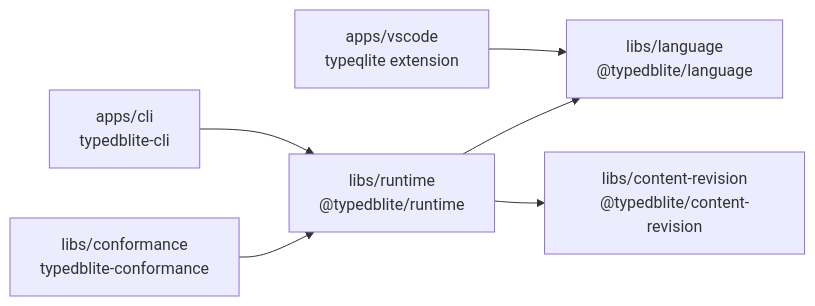
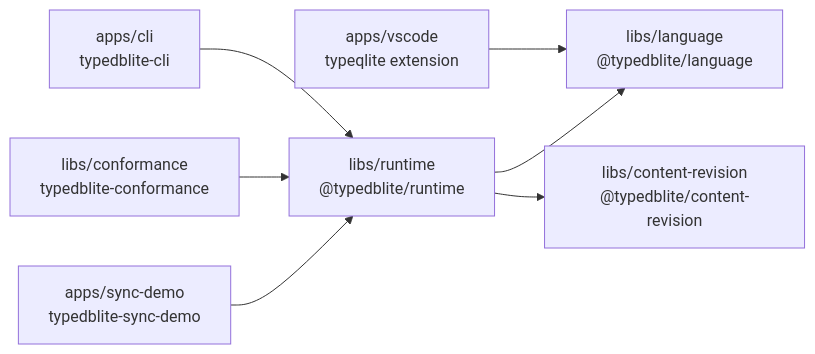
Before and after one commit to typedblite/typedblite: the first of 2 diagrams in docs/development/architecture.md, drawn with Mermaid. The commit also changed other lines of this file and 12 other files, not shown here.

First line of the commit message:
docs(sync-demo): Phase 08 — the README and the docs

````diff
--- a/docs/development/architecture.md
+++ b/docs/development/architecture.md
@@ -19,8 +19,9 @@
 ```mermaid
 flowchart LR
   cli["apps/cli<br/>typedblite-cli"] --> runtime
   conformance["libs/conformance<br/>typedblite-conformance"] --> runtime
   vscode["apps/vscode<br/>typeqlite extension"] --> language
+  demo["apps/sync-demo<br/>typedblite-sync-demo"] --> runtime
   runtime["libs/runtime<br/>@typedblite/runtime"] --> language["libs/language<br/>@typedblite/language"]
   runtime --> revision["libs/content-revision<br/>@typedblite/content-revision"]
 ```
````
